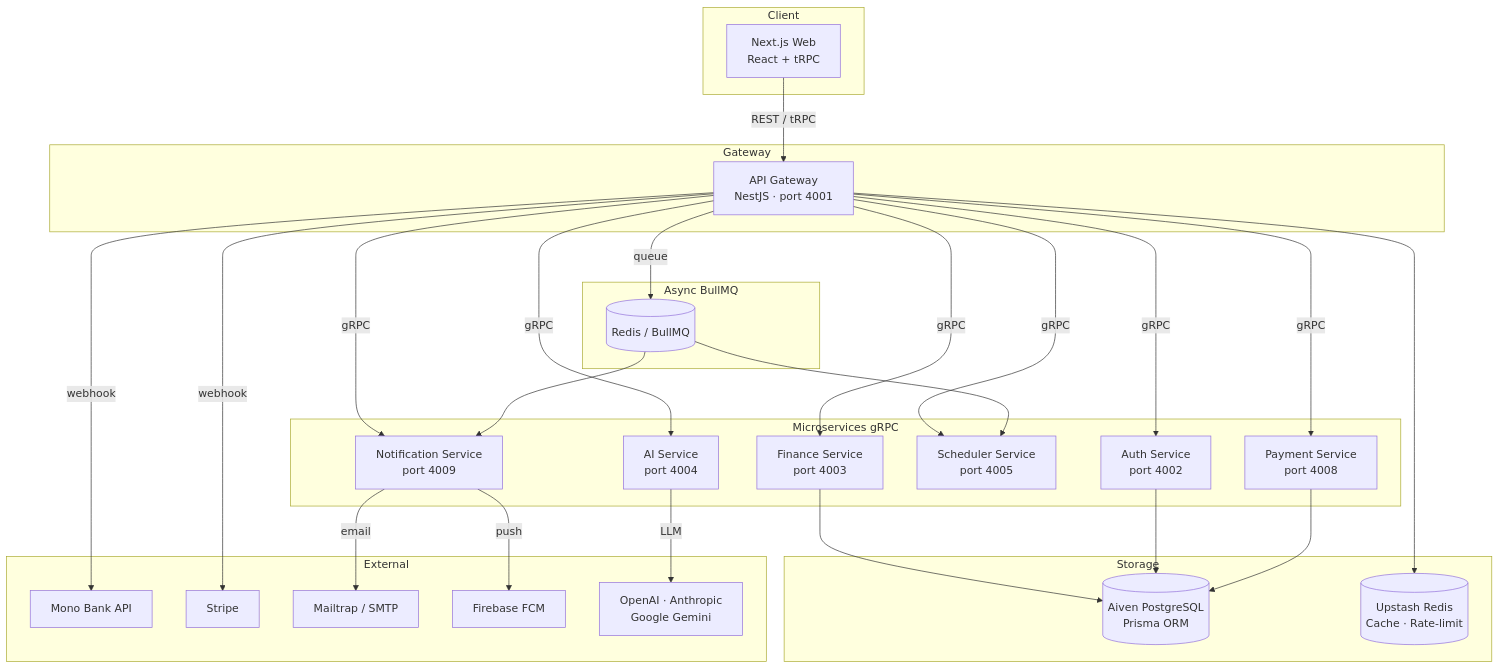
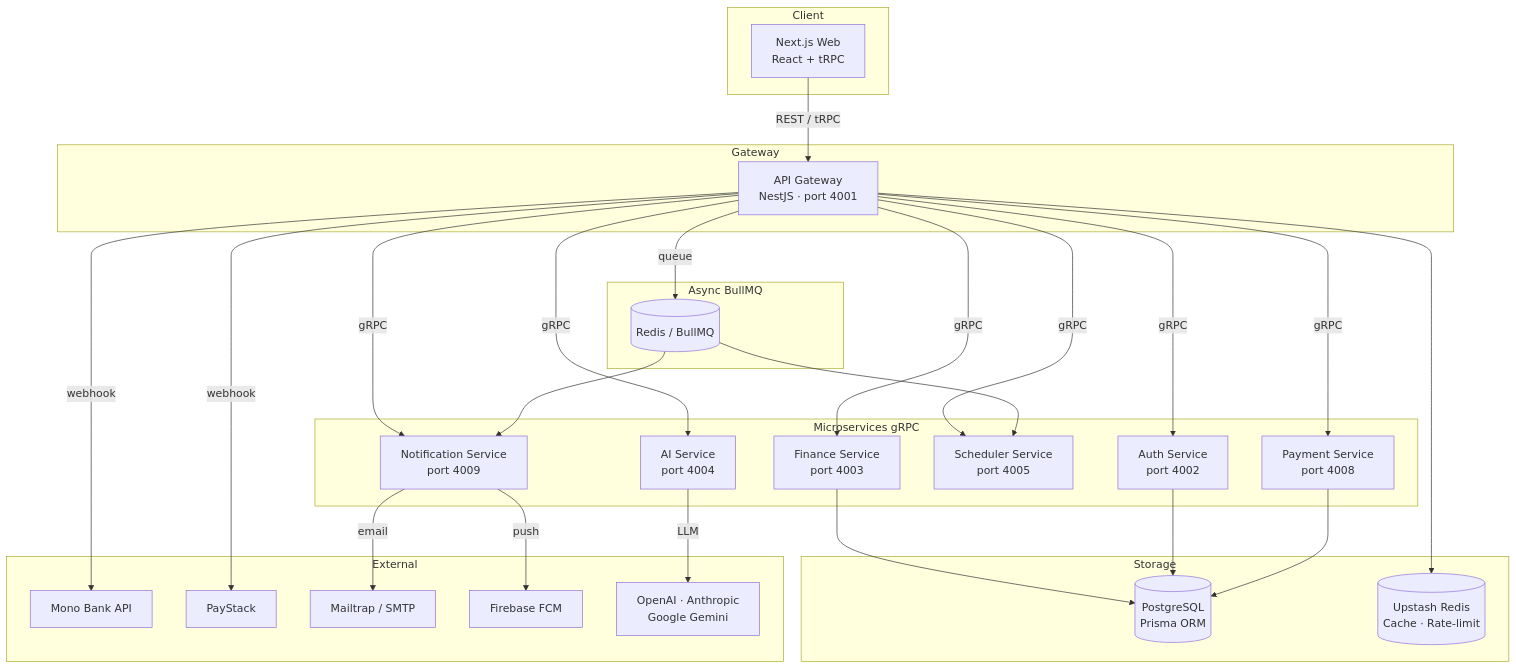
One commit to Dasiloy/fintrack changed the diagram in README.md. Above: the diagram before and after it, drawn with Mermaid. The commit also changed other lines of this file and 94 other files, not shown here.

First line of the commit message:
feat: migrate from Stripe to Paystack for payment processing

````diff
--- a/README.md
+++ b/README.md
@@ -22,40 +22,40 @@
 ```mermaid
 graph TD
     subgraph Client
         W[Next.js Web<br/>React + tRPC]
     end
 
     subgraph Gateway
         W -->|REST / tRPC| GW[API Gateway<br/>NestJS · port 4001]
     end
 
     subgraph Microservices gRPC
         GW -->|gRPC| AS[Auth Service<br/>port 4002]
         GW -->|gRPC| FS[Finance Service<br/>port 4003]
         GW -->|gRPC| AIS[AI Service<br/>port 4004]
         GW -->|gRPC| SS[Scheduler Service<br/>port 4005]
         GW -->|gRPC| PS[Payment Service<br/>port 4008]
         GW -->|gRPC| NS[Notification Service<br/>port 4009]
     end
 
     subgraph Async BullMQ
         GW -->|queue| MQ[(Redis / BullMQ)]
         MQ --> SS
         MQ --> NS
     end
 
     subgraph Storage
-        FS --> DB[(Aiven PostgreSQL<br/>Prisma ORM)]
+        FS --> DB[(PostgreSQL<br/>Prisma ORM)]
         AS --> DB
         PS --> DB
         GW --> RD[(Upstash Redis<br/>Cache · Rate-limit)]
     end
 
     subgraph External
         GW -->|webhook| MONO[Mono Bank API]
-        GW -->|webhook| STRIPE[Stripe]
+        GW -->|webhook| PAYSTACK[PayStack]
         NS -->|email| MAIL[Mailtrap / SMTP]
         NS -->|push| FCM[Firebase FCM]
         AIS -->|LLM| AI[OpenAI · Anthropic<br/>Google Gemini]
     end
 ```
````
